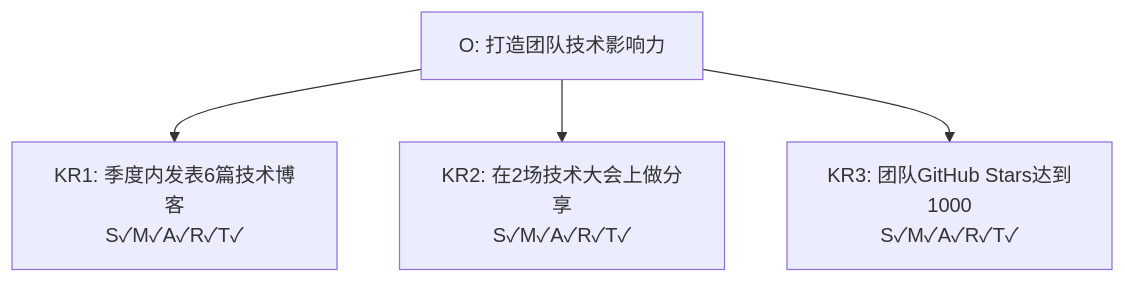
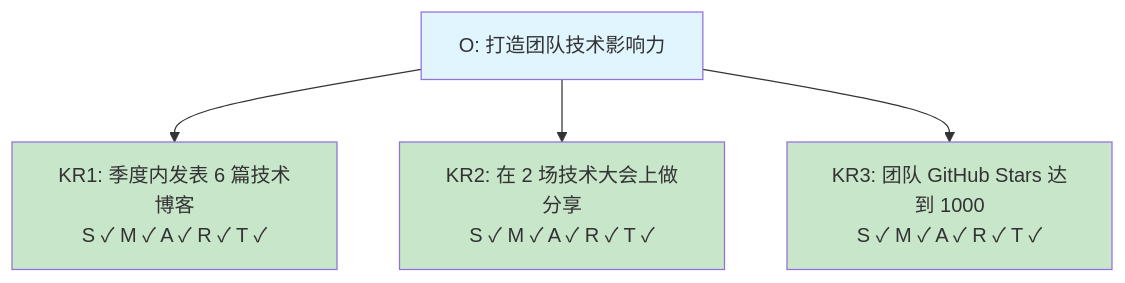
One commit to chongyang211/YCBookBlog changed the diagram in packages/website/13.书籍/05.自我精进·成事/02.事前谋划/04.SMART目标设定.md. Above: the diagram before and after it, drawn with Mermaid. The commit also changed other lines of this file and 83 other files, not shown here.

````diff
--- a/packages/website/13.书籍/05.自我精进·成事/02.事前谋划/04.SMART目标设定.md
+++ b/packages/website/13.书籍/05.自我精进·成事/02.事前谋划/04.SMART目标设定.md
@@ -169,6 +134,10 @@
 ```mermaid
 graph TD
-    A[O: 打造团队技术影响力] --> B[KR1: 季度内发表6篇技术博客<br>S✓M✓A✓R✓T✓]
-    A --> C[KR2: 在2场技术大会上做分享<br>S✓M✓A✓R✓T✓]
-    A --> D[KR3: 团队GitHub Stars达到1000<br>S✓M✓A✓R✓T✓]
+    A[O: 打造团队技术影响力] --> B[KR1: 季度内发表 6 篇技术博客<br/>S ✓ M ✓ A ✓ R ✓ T ✓]
+    A --> C[KR2: 在 2 场技术大会上做分享<br/>S ✓ M ✓ A ✓ R ✓ T ✓]
+    A --> D[KR3: 团队 GitHub Stars 达到 1000<br/>S ✓ M ✓ A ✓ R ✓ T ✓]
+    style A fill:#e1f5fe
+    style B fill:#c8e6c9
+    style C fill:#c8e6c9
+    style D fill:#c8e6c9
 ```
````
